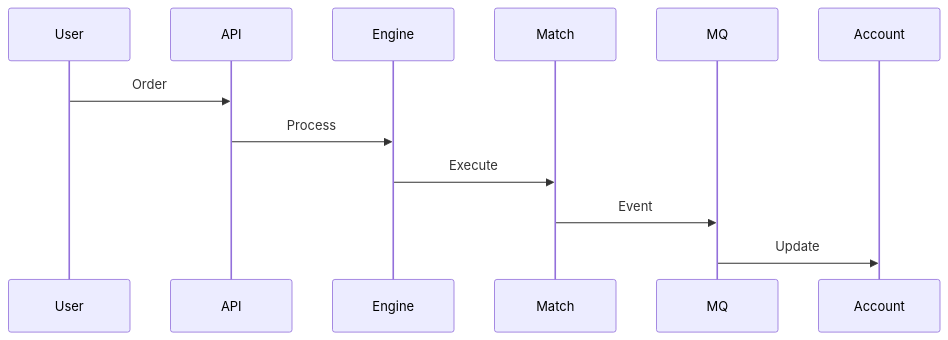
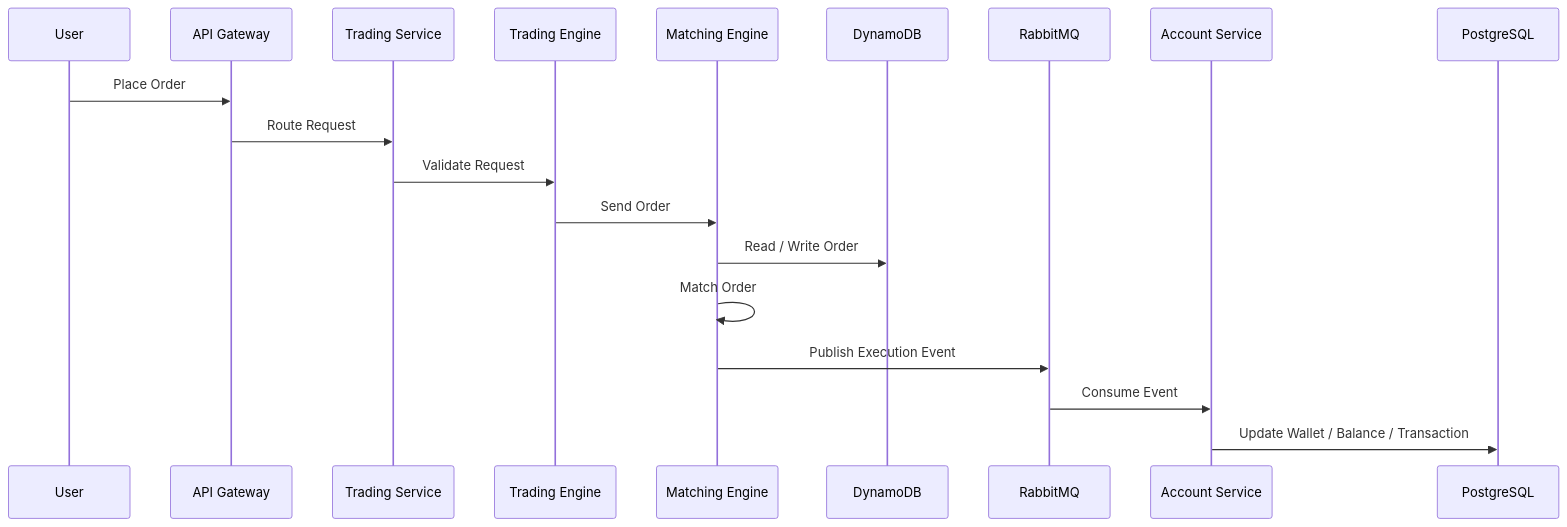
One commit to Rumman90/crypto-exchange-architecture changed the diagram in diagrams/order-flow.mmd. Above: the diagram before and after it, drawn with Mermaid. The commit also changed 6 other files, not shown here.

```diff
--- a/diagrams/order-flow.mmd
+++ b/diagrams/order-flow.mmd
@@ -1,6 +1,20 @@
 sequenceDiagram
-User->>API: Order
-API->>Engine: Process
-Engine->>Match: Execute
-Match->>MQ: Event
-MQ->>Account: Update
+    participant User
+    participant API as API Gateway
+    participant Trading as Trading Service
+    participant Engine as Trading Engine
+    participant Match as Matching Engine
+    participant Dynamo as DynamoDB
+    participant MQ as RabbitMQ
+    participant Account as Account Service
+    participant PG as PostgreSQL
+
+    User->>API: Place Order
+    API->>Trading: Route Request
+    Trading->>Engine: Validate Request
+    Engine->>Match: Send Order
+    Match->>Dynamo: Read / Write Order
+    Match->>Match: Match Order
+    Match->>MQ: Publish Execution Event
+    MQ->>Account: Consume Event
+    Account->>PG: Update Wallet / Balance / Transaction
```
